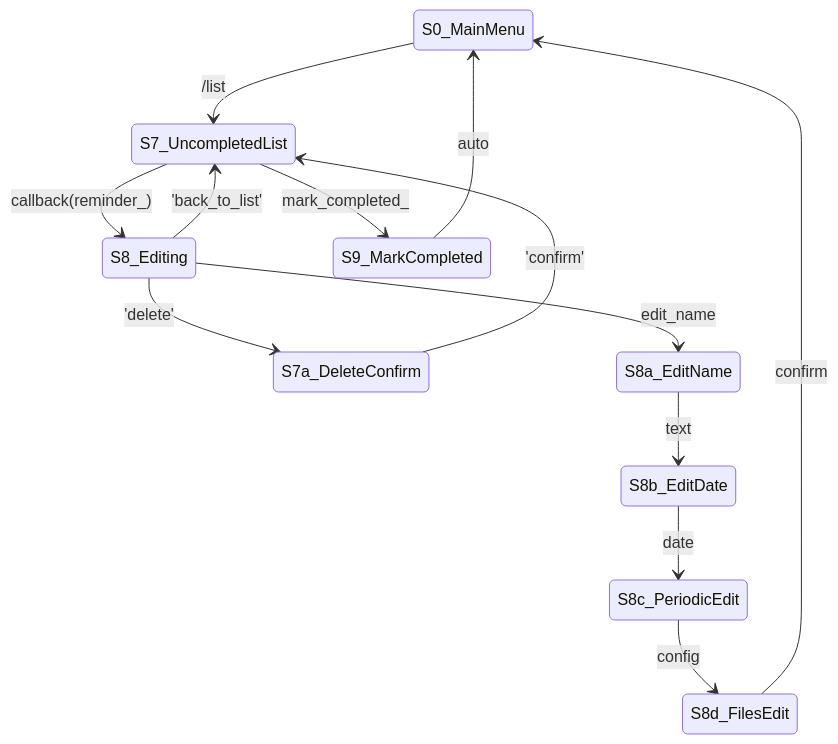
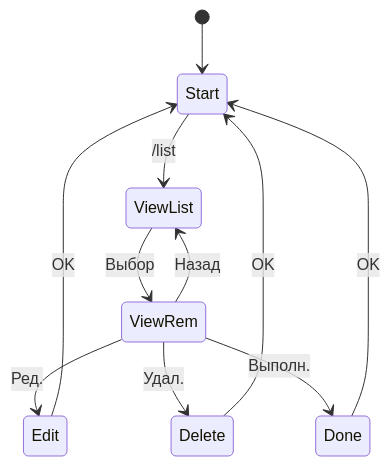
One commit to n1gh7c0re/reminder_bot changed the second of 3 diagrams in API_Course_Task.md. Above: the diagram before and after it, drawn with Mermaid. The commit also changed other lines of this file, not shown here.

````diff
--- a/API_Course_Task.md
+++ b/API_Course_Task.md
@@ -30,16 +40,13 @@
 ```mermaid
 stateDiagram-v2
-    S0_MainMenu --> S7_UncompletedList: /list
-    S7_UncompletedList --> S8_Editing: callback(reminder_<id>)
-    S8_Editing --> S7_UncompletedList: 'back_to_list'
-    S8_Editing --> S7a_DeleteConfirm: 'delete'
-    S7a_DeleteConfirm --> S7_UncompletedList: 'confirm'
-    S8_Editing --> S8a_EditName: edit_name
-    S8a_EditName --> S8b_EditDate: text
-    S8b_EditDate --> S8c_PeriodicEdit: date
-    S8c_PeriodicEdit --> S8d_FilesEdit: config
-    S8d_FilesEdit --> S0_MainMenu: confirm
-
-    S7_UncompletedList --> S9_MarkCompleted: mark_completed_<id>
-    S9_MarkCompleted --> S0_MainMenu: auto
+    [*] --> Start
+    Start --> ViewList: /list
+    ViewList --> ViewRem: Выбор
+    ViewRem --> Edit: Ред.
+    Edit --> Start: OK
+    ViewRem --> Delete: Удал.
+    Delete --> Start: OK
+    ViewRem --> Done: Выполн.
+    Done --> Start: OK
+    ViewRem --> ViewList: Назад
 ```
````
